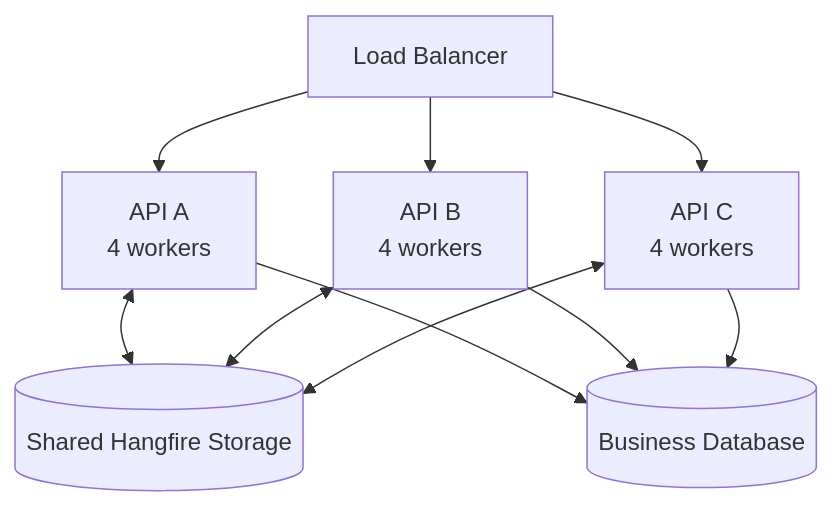
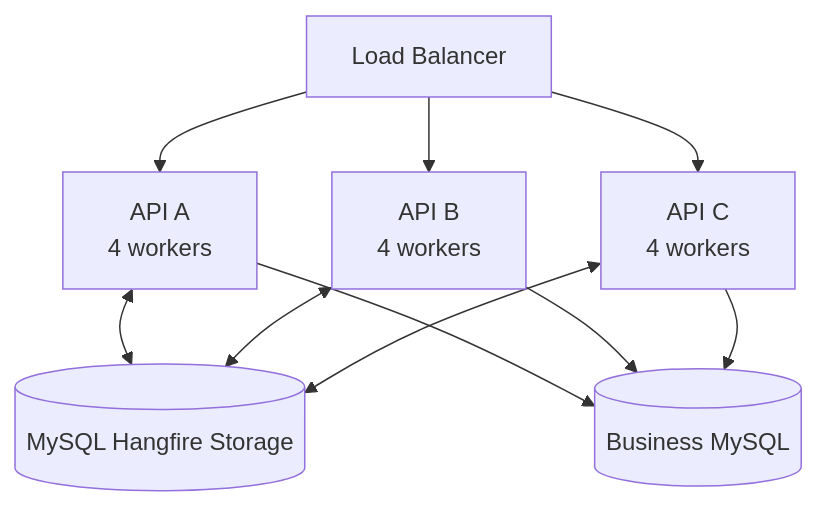
Before and after one commit to trungdev26/angular-internals: the fifth of 10 diagrams in src/assets/docs/dotnet-core/hangfire.md, drawn with Mermaid. The commit also changed other lines of this file, not shown here.

Commit message:
docs: rewrite Hangfire as technical chapter

````diff
--- a/src/assets/docs/dotnet-core/hangfire.md
+++ b/src/assets/docs/dotnet-core/hangfire.md
@@ -1105,19 +367,19 @@
 ```mermaid
 flowchart TB
     LB[Load Balancer]
     A[API A<br/>4 workers]
     B[API B<br/>4 workers]
     C[API C<br/>4 workers]
-    HF[(Shared Hangfire Storage)]
-    Biz[(Business Database)]
+    HF[(MySQL Hangfire Storage)]
+    Biz[(Business MySQL)]
 
     LB --> A
     LB --> B
     LB --> C
     A <--> HF
     B <--> HF
     C <--> HF
     A --> Biz
     B --> Biz
     C --> Biz
 ```
````
